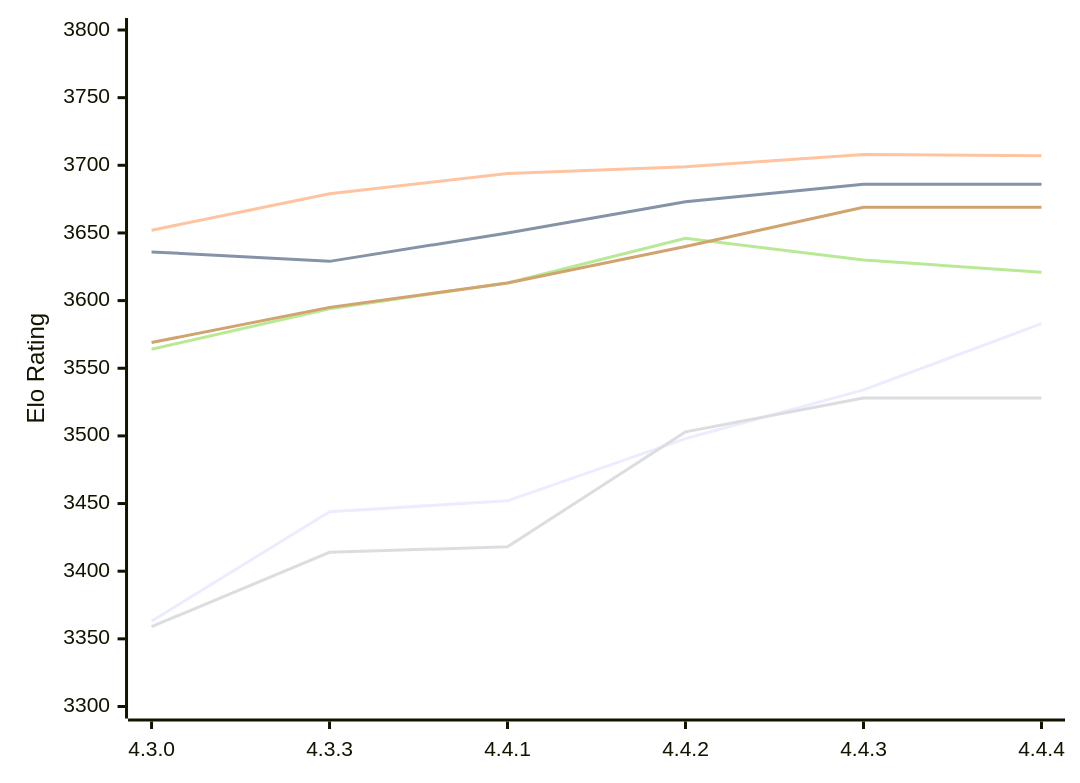
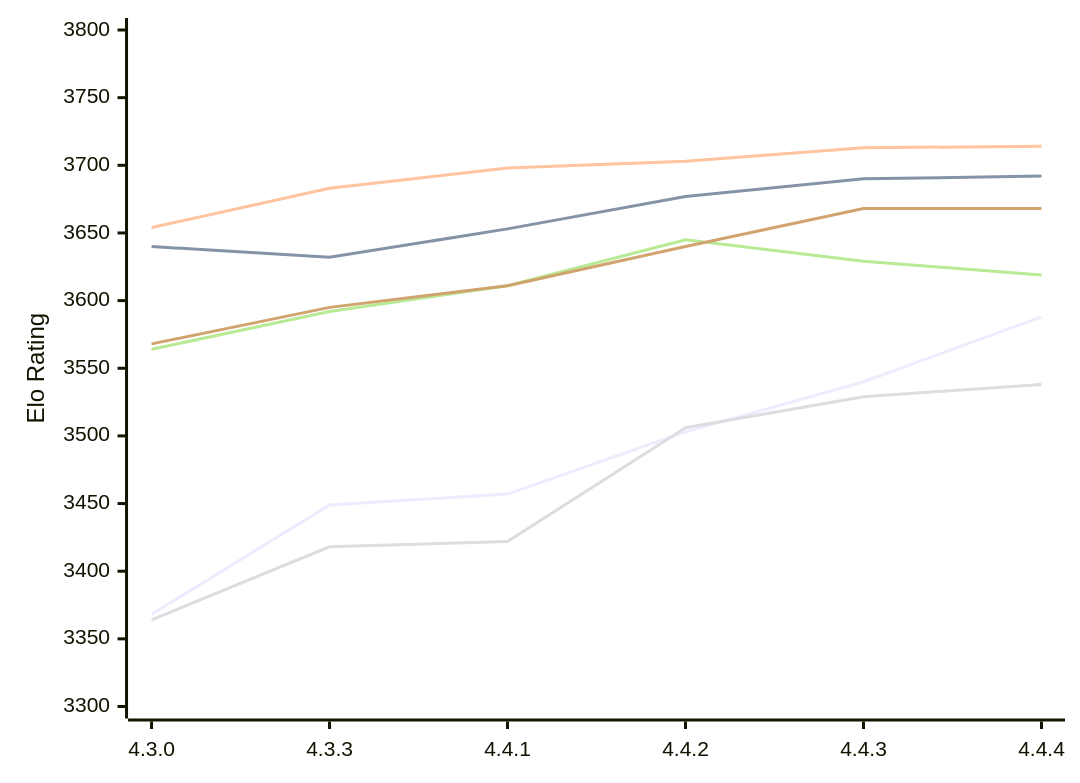
The first of 2 diagrams in engines/Gaia.md (computer-chess-index/cci), drawn with Mermaid before and after one commit. The commit also changed other lines of this file, not shown here.

Commit message:
Update CCI Ratings (ELO VLTC) - 2026-11-20

````diff
--- a/engines/Gaia.md
+++ b/engines/Gaia.md
@@ -63,12 +63,12 @@
 ```mermaid
 %%{init: {"theme":"base","themeVariables":{"seriesColors:['#a3a3a3','#222221','#faa371']}}}%%
 xychart-beta
   x-axis ["4.3.0", "4.3.3", "4.4.1", "4.4.2", "4.4.3", "4.4.4"]
   y-axis "Elo Rating" 3300 --> 3800
-  line "E1: STC (8.0+0.08s)" [3363, 3444, 3452, 3498, 3534, 3583]
-  line "E1: LTC (60.0+0.60s)" [3636, 3629, 3650, 3673, 3686, 3686]
-  line "E1: VLTC (2m24s+1.12s)" [3652, 3679, 3694, 3699, 3708, 3707]
-  line "P1: STC (8.0+0.08s)" [3359, 3414, 3418, 3503, 3528, 3528]
-  line "P1: LTC (60.0+0.60s)" [3564, 3594, 3613, 3646, 3630, 3621]
-  line "P1: VLTC (2m24s+1.12s)" [3569, 3595, 3613, 3640, 3669, 3669]
+  line "E1: STC (8.0+0.08s)" [3368, 3449, 3457, 3503, 3540, 3588]
+  line "E1: LTC (60.0+0.60s)" [3640, 3632, 3653, 3677, 3690, 3692]
+  line "E1: VLTC (2m24s+1.12s)" [3654, 3683, 3698, 3703, 3713, 3714]
+  line "P1: STC (8.0+0.08s)" [3364, 3418, 3422, 3506, 3529, 3538]
+  line "P1: LTC (60.0+0.60s)" [3564, 3592, 3611, 3645, 3629, 3619]
+  line "P1: VLTC (2m24s+1.12s)" [3568, 3595, 3611, 3640, 3668, 3668]
 ```
````
